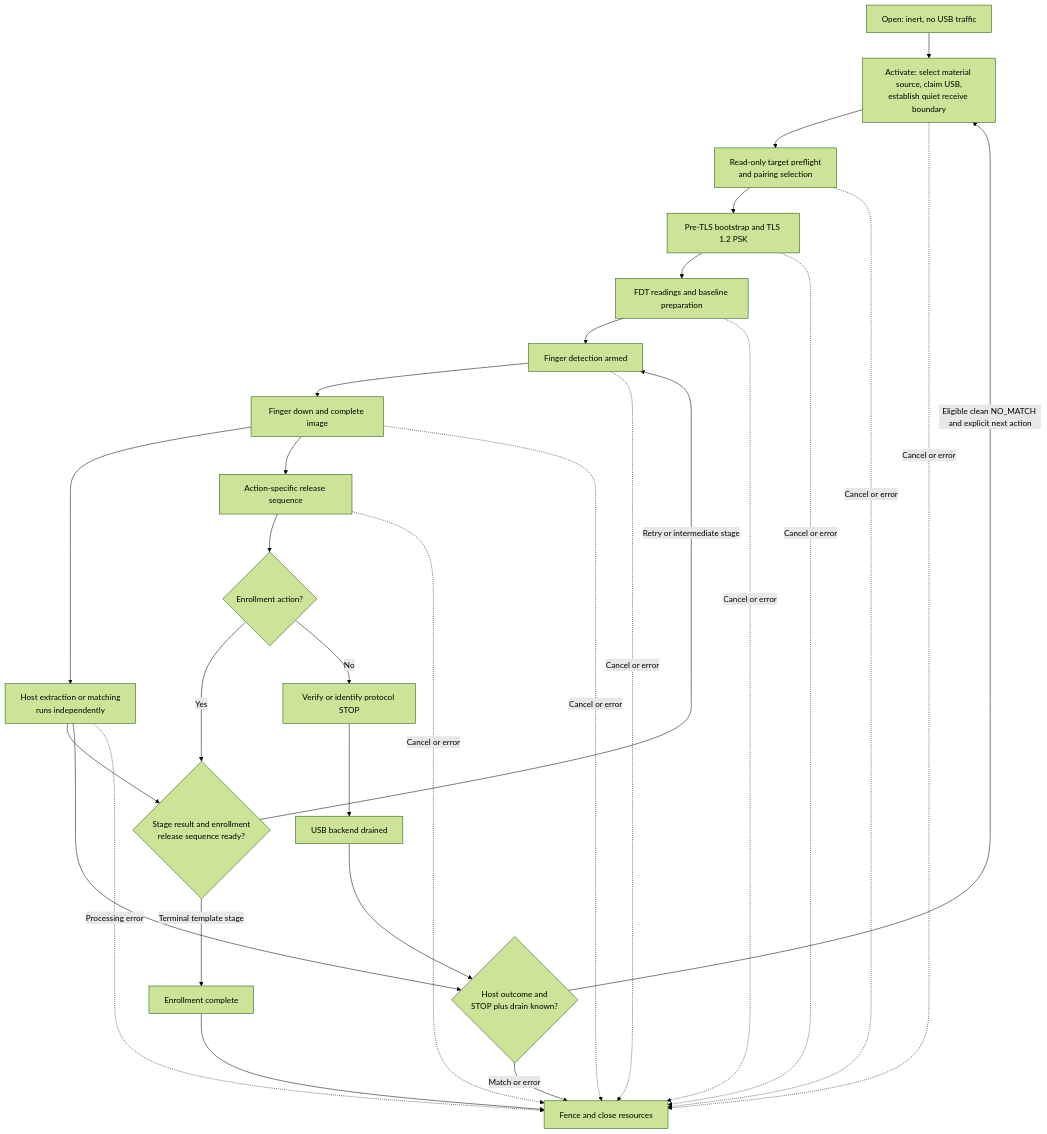
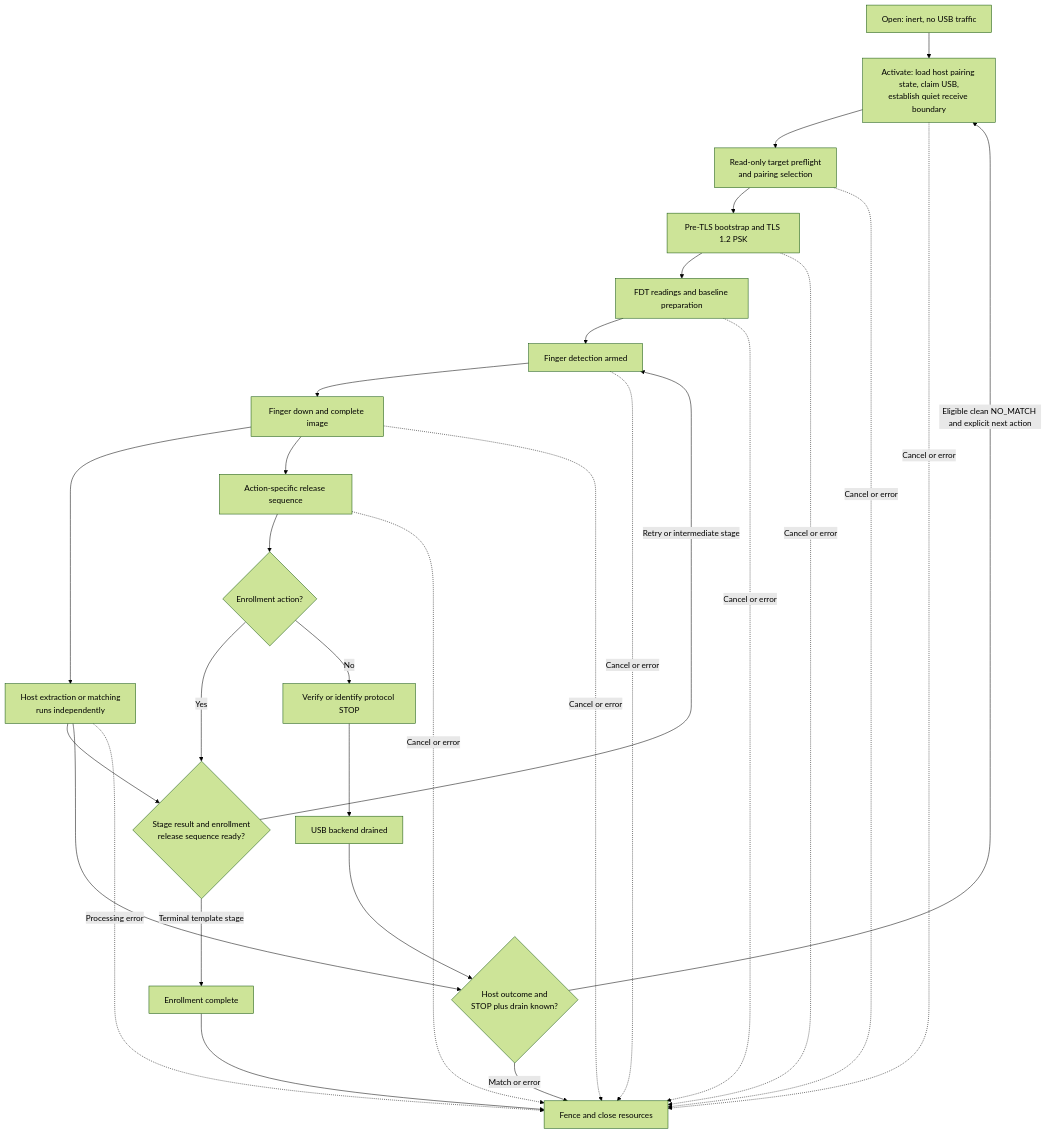
The second of 6 diagrams in TECHNICAL_MANUAL.md (sorguido/goodix-27c6-5125), drawn with Mermaid (forest theme) before and after one commit. The commit also changed other lines of this file and 9 other files, not shown here.

````diff
--- a/TECHNICAL_MANUAL.md
+++ b/TECHNICAL_MANUAL.md
@@ -391,31 +391,31 @@
 ```mermaid
 flowchart TD
-    Opened["Open: inert, no USB traffic"] --> Syncing["Activate: select material source, claim USB,<br/>establish quiet receive boundary"]
+    Opened["Open: inert, no USB traffic"] --> Syncing["Activate: load host pairing state, claim USB,<br/>establish quiet receive boundary"]
     Syncing --> Preflight["Read-only target preflight<br/>and pairing selection"]
     Preflight --> Bootstrap["Pre-TLS bootstrap and TLS 1.2 PSK"]
     Bootstrap --> Prepare["FDT readings and baseline preparation"]
     Prepare --> Armed["Finger detection armed"]
     Armed --> Image["Finger down and complete image"]
     Image --> Host["Host extraction or matching<br/>runs independently"]
     Image --> Release["Action-specific release sequence"]
     Release --> Kind{"Enrollment action?"}
     Kind -- Yes --> EnrollGate{"Stage result and enrollment<br/>release sequence ready?"}
     Host --> EnrollGate
     EnrollGate -- Retry or intermediate stage --> Armed
     EnrollGate -- Terminal template stage --> EnrollDone["Enrollment complete"]
     EnrollDone --> Closing["Fence and close resources"]
     Kind -- No --> Stop["Verify or identify protocol STOP"]
     Stop --> Drain["USB backend drained"]
     Host --> TerminalGate{"Host outcome and<br/>STOP plus drain known?"}
     Drain --> TerminalGate
     TerminalGate -- Eligible clean NO_MATCH and explicit next action --> Syncing
     TerminalGate -- Match or error --> Closing
     Syncing -. Cancel or error .-> Closing
     Preflight -. Cancel or error .-> Closing
     Bootstrap -. Cancel or error .-> Closing
     Prepare -. Cancel or error .-> Closing
     Armed -. Cancel or error .-> Closing
     Image -. Cancel or error .-> Closing
     Release -. Cancel or error .-> Closing
     Host -. Processing error .-> Closing
 ```
````
